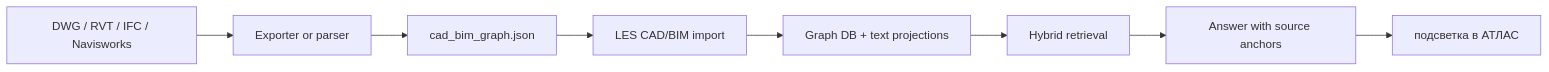
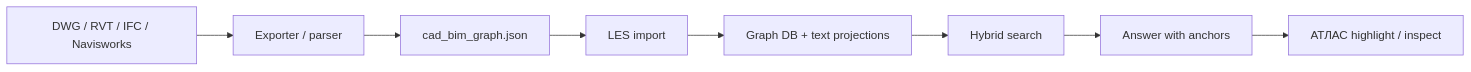
One commit to proovcme/les_rag_public changed the first of 2 diagrams in README.md. Above: the diagram before and after it, drawn with Mermaid. The commit also changed other lines of this file and 16 other files, not shown here.

````diff
--- a/README.md
+++ b/README.md
@@ -65,10 +82,10 @@
 ```mermaid
 flowchart LR
-  A["DWG / RVT / IFC / Navisworks"] --> B["Exporter or parser"]
+  A["DWG / RVT / IFC / Navisworks"] --> B["Exporter / parser"]
   B --> C["cad_bim_graph.json"]
-  C --> D["LES CAD/BIM import"]
+  C --> D["LES import"]
   D --> E["Graph DB + text projections"]
-  E --> F["Hybrid retrieval"]
-  F --> G["Answer with source anchors"]
-  G --> H["подсветка в АТЛАС"]
+  E --> F["Hybrid search"]
+  F --> G["Answer with anchors"]
+  G --> H["АТЛАС highlight / inspect"]
 ```
````
